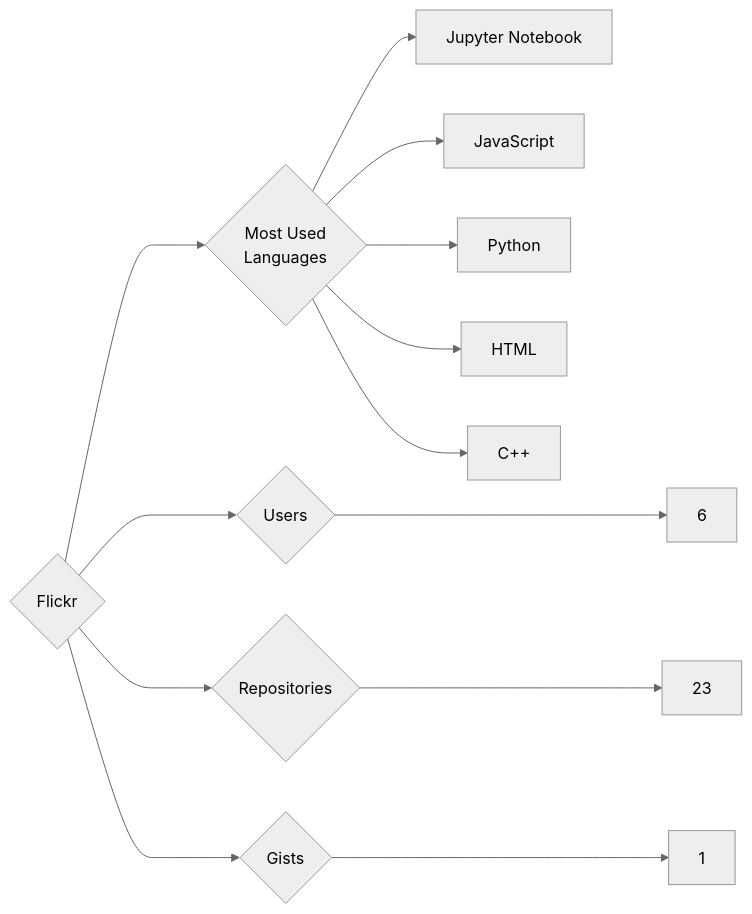
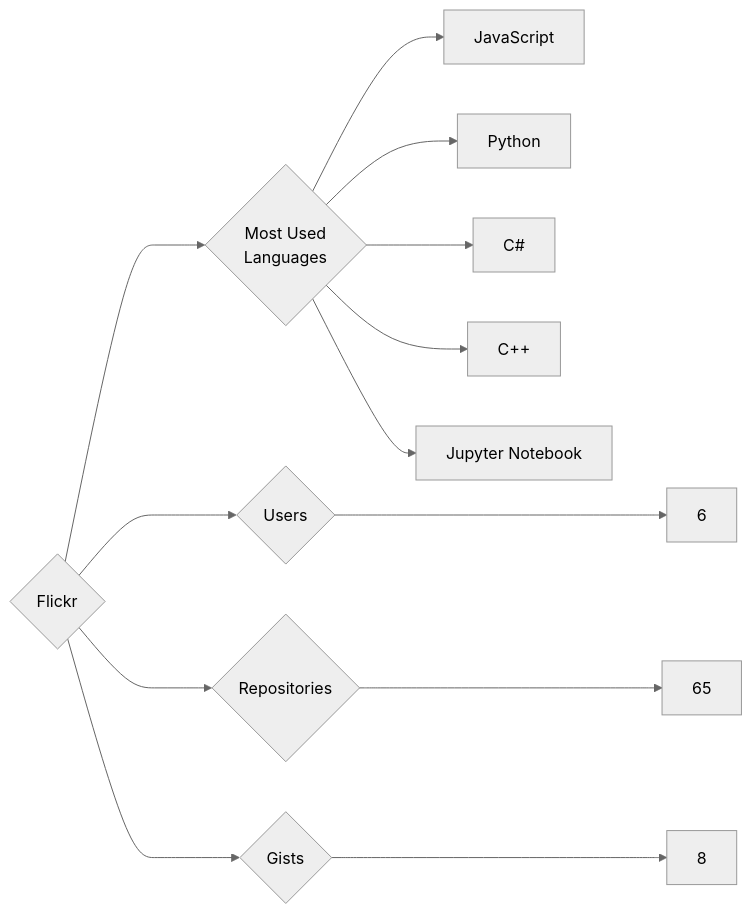
The diagram in targets/Flickr/README.md (trickest/insiders), drawn with Mermaid (neutral theme) before and after one commit. The commit also changed 1078 other files, not shown here.

````diff
--- a/targets/Flickr/README.md
+++ b/targets/Flickr/README.md
@@ -3,13 +3,13 @@
 ```mermaid
 graph LR
 COMPANY_NAME{Flickr}
 COMPANY_NAME ---> U{Users} ---> UN[6]
-COMPANY_NAME ---> R{Repositories} ---> RN[23]
-COMPANY_NAME ---> G{Gists} ---> GN[1]
+COMPANY_NAME ---> R{Repositories} ---> RN[65]
+COMPANY_NAME ---> G{Gists} ---> GN[8]
 COMPANY_NAME ---> ML{Most Used<br>Languages}
-ML --> Jupyter_Notebook[Jupyter Notebook]
 ML --> JavaScript[JavaScript]
 ML --> Python[Python]
-ML --> HTML[HTML]
+ML --> C#[C#]
 ML --> C++[C++]
+ML --> Jupyter_Notebook[Jupyter Notebook]
 ```
````
